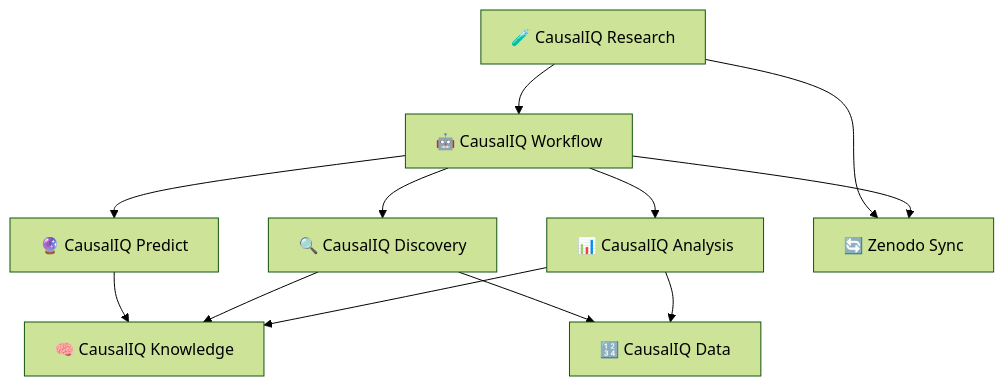
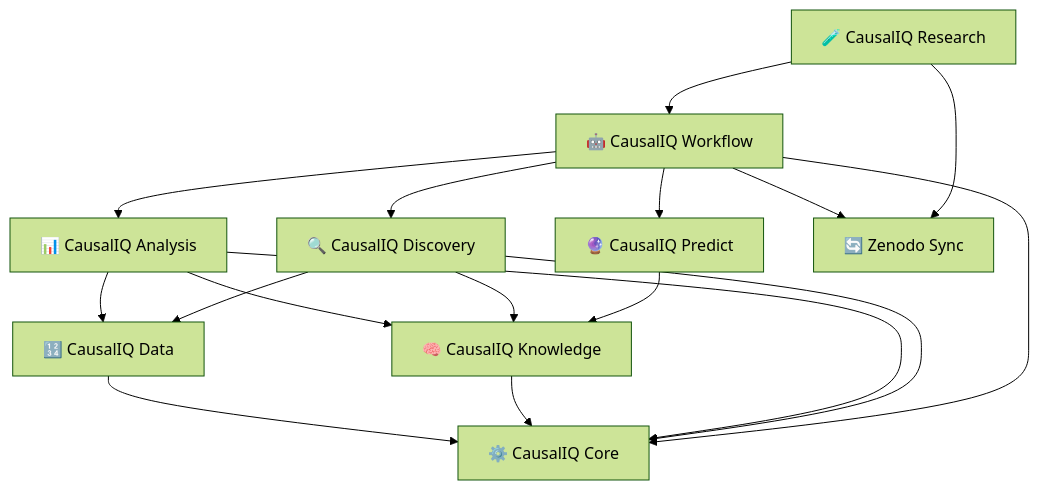
Before and after one commit to causaliq/causaliq: the diagram in docs/projects/index.md, drawn with Mermaid (forest theme). The commit also changed other lines of this file and 3 other files, not shown here.

Commit message:
docs: describe CausalIQ Core and update ecosystem roadmap

````diff
--- a/docs/projects/index.md
+++ b/docs/projects/index.md
@@ -36,25 +39,31 @@
 ```mermaid
 graph TD
+    COR[⚙️ CausalIQ Core]
     DIS[🔍 CausalIQ Discovery]
     KNO[🧠 CausalIQ Knowledge]
     WOR[🤖 CausalIQ Workflow]
     ANA[📊 CausalIQ Analysis] 
     REA[🧪 CausalIQ Research]
     DAT[🔢 CausalIQ Data]
     PRE[🔮 CausalIQ Predict]
     ZEN[🔄 Zenodo Sync]
 
     REA --> ZEN
     REA --> WOR
     WOR --> DIS
     WOR --> ANA
     WOR --> ZEN
     WOR --> PRE
+    WOR --> COR
     PRE --> KNO
     DIS --> KNO
+    DIS --> COR
     ANA --> KNO
+    ANA --> COR
     DIS --> DAT
     ANA --> DAT
+    KNO --> COR
+    DAT --> COR
     
 
 ```
````
